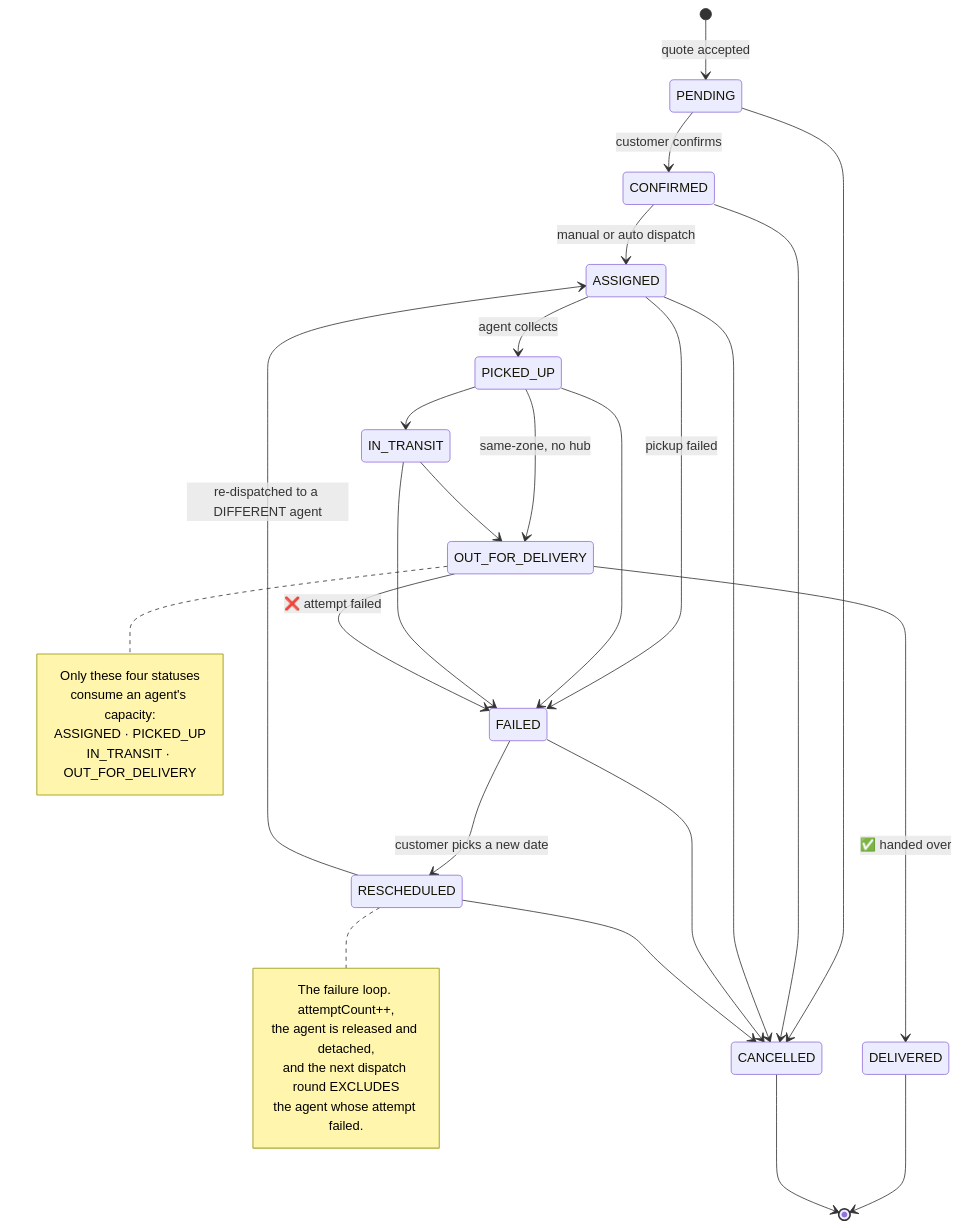
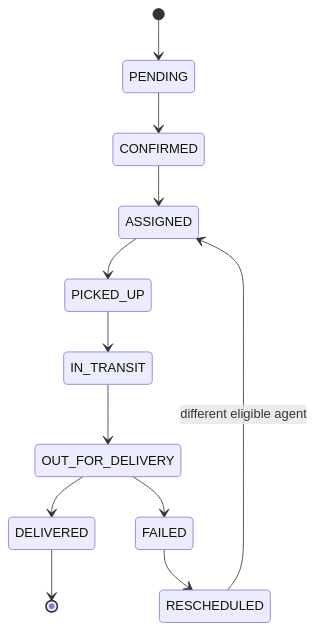
Before and after one commit to Shanmuk4622/Unthinkable-LastMile-Delivery-Track-assignment: the second of 3 diagrams in README.md, drawn with Mermaid. The commit also changed other lines of this file and 11 other files, not shown here.

````diff
--- a/README.md
+++ b/README.md
@@ -577,49 +172,14 @@
 ```mermaid
 stateDiagram-v2
-    direction TB
-
-    [*] --> PENDING: quote accepted
-
-    PENDING --> CONFIRMED: customer confirms
-    PENDING --> CANCELLED
-
-    CONFIRMED --> ASSIGNED: manual or auto dispatch
-    CONFIRMED --> CANCELLED
-
-    ASSIGNED --> PICKED_UP: agent collects
-    ASSIGNED --> FAILED: pickup failed
-    ASSIGNED --> CANCELLED
-
+    [*] --> PENDING
+    PENDING --> CONFIRMED
+    CONFIRMED --> ASSIGNED
+    ASSIGNED --> PICKED_UP
     PICKED_UP --> IN_TRANSIT
-    PICKED_UP --> OUT_FOR_DELIVERY: same-zone, no hub
-    PICKED_UP --> FAILED
-
     IN_TRANSIT --> OUT_FOR_DELIVERY
-    IN_TRANSIT --> FAILED
-
-    OUT_FOR_DELIVERY --> DELIVERED: ✅ handed over
-    OUT_FOR_DELIVERY --> FAILED: ❌ attempt failed
-
-    FAILED --> RESCHEDULED: customer picks a new date
-    FAILED --> CANCELLED
-
-    RESCHEDULED --> ASSIGNED: re-dispatched to a DIFFERENT agent
-    RESCHEDULED --> CANCELLED
-
+    OUT_FOR_DELIVERY --> DELIVERED
+    OUT_FOR_DELIVERY --> FAILED
+    FAILED --> RESCHEDULED
+    RESCHEDULED --> ASSIGNED: different eligible agent
     DELIVERED --> [*]
-    CANCELLED --> [*]
-
-    note right of OUT_FOR_DELIVERY
-        Only these four statuses
-        consume an agent's capacity:
-        ASSIGNED · PICKED_UP
-        IN_TRANSIT · OUT_FOR_DELIVERY
-    end note
-
-    note right of RESCHEDULED
-        The failure loop. attemptCount++,
-        the agent is released and detached,
-        and the next dispatch round EXCLUDES
-        the agent whose attempt failed.
-    end note
 ```
````
